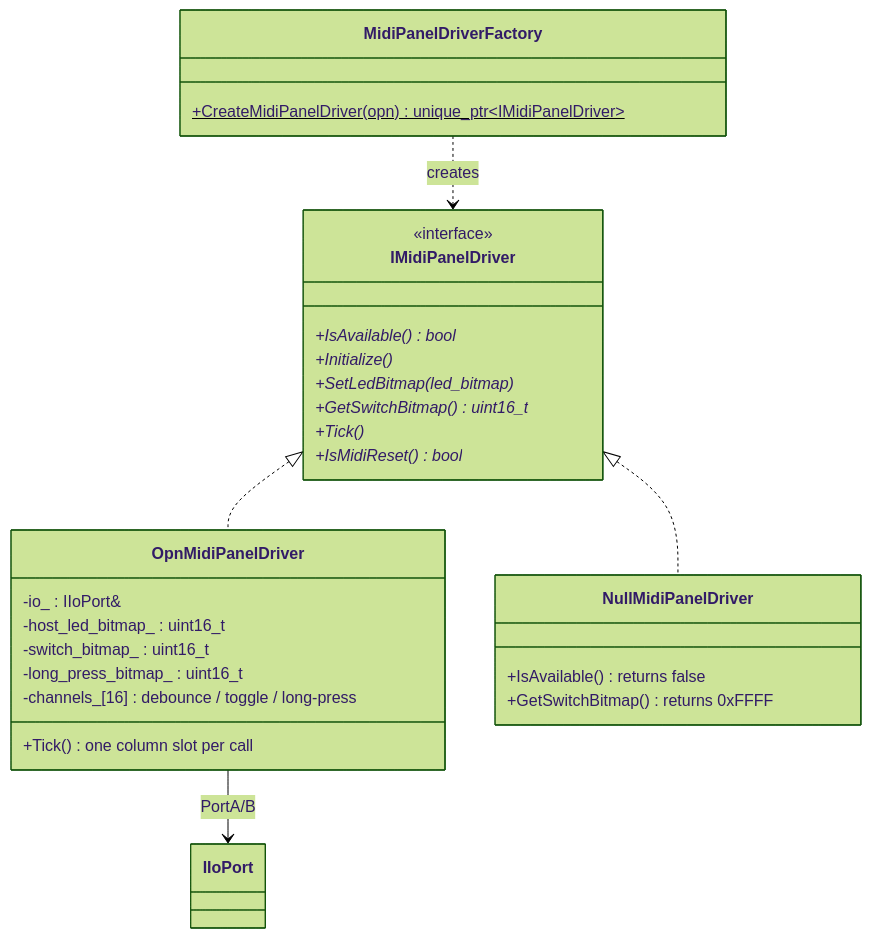
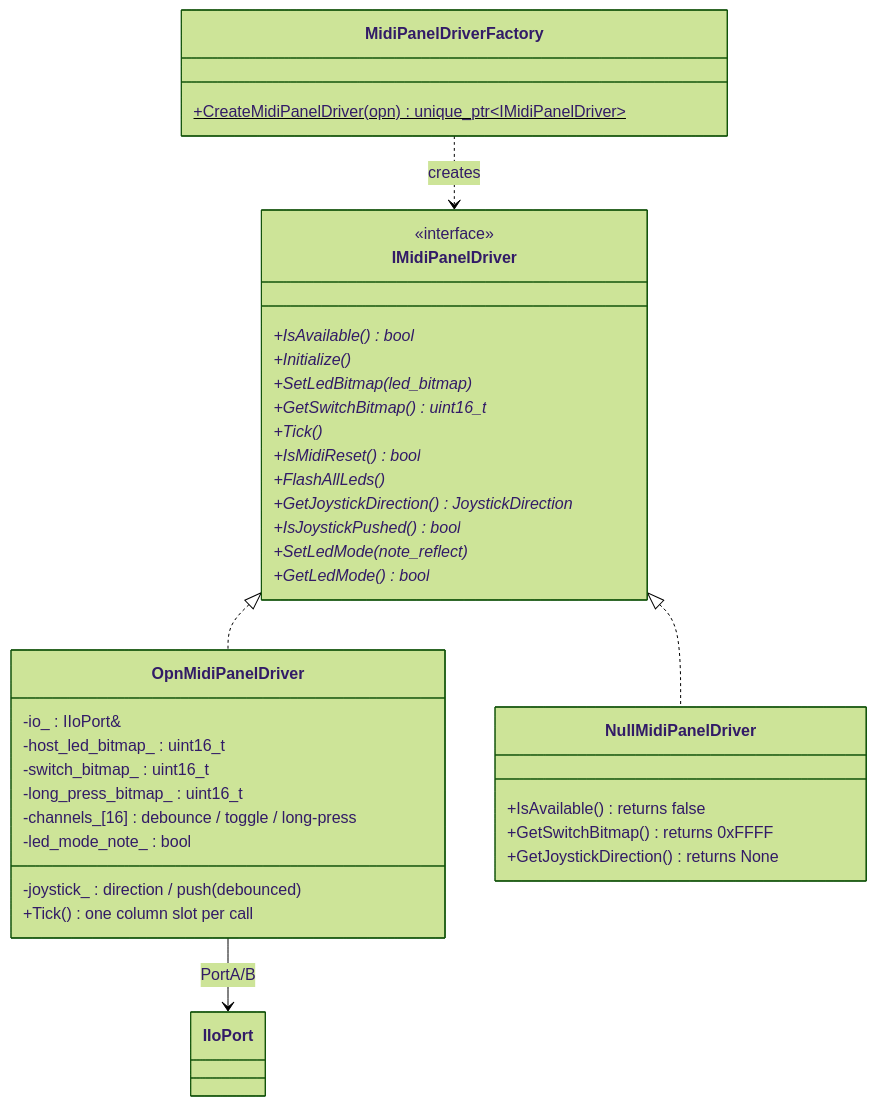
Before and after one commit to 46nori/FMSynthEnsembleV3: the fifth of 6 diagrams in doc/domain/domain_drivers.md, drawn with Mermaid (forest theme). The commit also changed other lines of this file and 65 other files, not shown here.

````diff
--- a/doc/domain/domain_drivers.md
+++ b/doc/domain/domain_drivers.md
@@ -207,35 +207,43 @@
 ```mermaid
 classDiagram
     class IMidiPanelDriver {
         <<interface>>
         +IsAvailable() bool*
         +Initialize()*
         +SetLedBitmap(led_bitmap)*
         +GetSwitchBitmap() uint16_t*
         +Tick()*
         +IsMidiReset() bool*
+        +FlashAllLeds()*
+        +GetJoystickDirection() JoystickDirection*
+        +IsJoystickPushed() bool*
+        +SetLedMode(note_reflect)*
+        +GetLedMode() bool*
     }
 
     class OpnMidiPanelDriver {
         -io_ : IIoPort&
         -host_led_bitmap_ : uint16_t
         -switch_bitmap_ : uint16_t
         -long_press_bitmap_ : uint16_t
         -channels_[16] : debounce / toggle / long-press
+        -joystick_ : direction / push (debounced)
+        -led_mode_note_ : bool
         +Tick()  one column slot per call
     }
 
     class NullMidiPanelDriver {
         +IsAvailable() returns false
         +GetSwitchBitmap() returns 0xFFFF
+        +GetJoystickDirection() returns None
     }
 
     class MidiPanelDriverFactory {
         +CreateMidiPanelDriver(opn) unique_ptr~IMidiPanelDriver~$
     }
 
     IMidiPanelDriver <|.. OpnMidiPanelDriver
     IMidiPanelDriver <|.. NullMidiPanelDriver
     MidiPanelDriverFactory ..> IMidiPanelDriver : creates
     OpnMidiPanelDriver --> IIoPort : PortA/B
 ```
````
